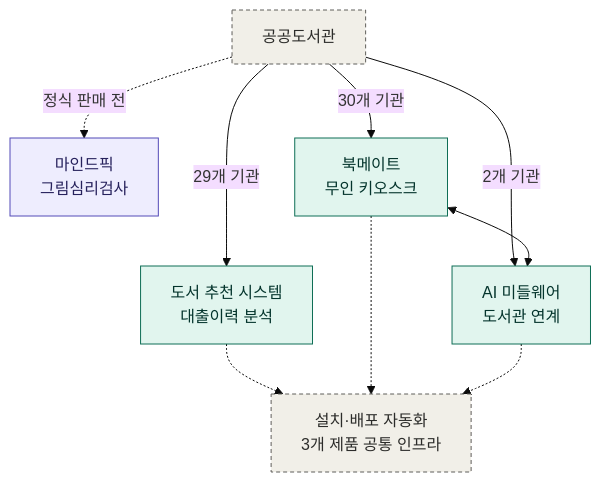
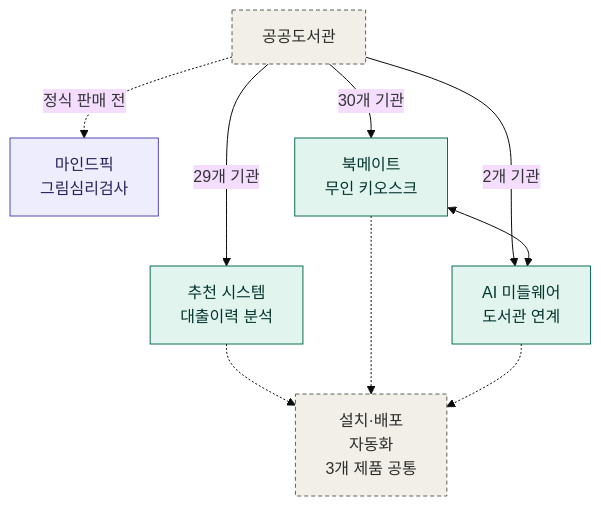
The diagram in README.md (panorama713/career-portfolio), drawn with Mermaid (base theme) before and after one commit. The commit also changed 4 other files, not shown here.

First line of the commit message:
Shorten diagram label lines so Korean text does not wrap mid-word

````diff
--- a/README.md
+++ b/README.md
@@ -37,30 +37,30 @@
 ```mermaid
 flowchart TB
     Library["공공도서관"]
 
     Mindpick["마인드픽<br/>그림심리검사"]
-    Recommend["도서 추천 시스템<br/>대출이력 분석"]
+    Recommend["추천 시스템<br/>대출이력 분석"]
     Bookmate["북메이트<br/>무인 키오스크"]
     Middleware["AI 미들웨어<br/>도서관 연계"]
 
-    Install["설치·배포 자동화<br/>3개 제품 공통 인프라"]
+    Install["설치·배포<br/>자동화<br/>3개 제품 공통"]
 
     Library -->|30개 기관| Bookmate
     Library -->|29개 기관| Recommend
     Library -->|2개 기관| Middleware
     Library -.->|정식 판매 전| Mindpick
 
     Bookmate <--> Middleware
 
     Recommend -.-> Install
     Bookmate -.-> Install
     Middleware -.-> Install
 
     classDef solo fill:#EEEDFE,stroke:#534AB7,color:#26215C;
     classDef team fill:#E1F5EE,stroke:#0F6E56,color:#04342C;
     classDef infra fill:#F1EFE8,stroke:#5F5E5A,color:#2C2C2A,stroke-dasharray: 4 3;
 
     class Mindpick solo;
     class Recommend,Bookmate,Middleware team;
     class Library,Install infra;
 ```
````
